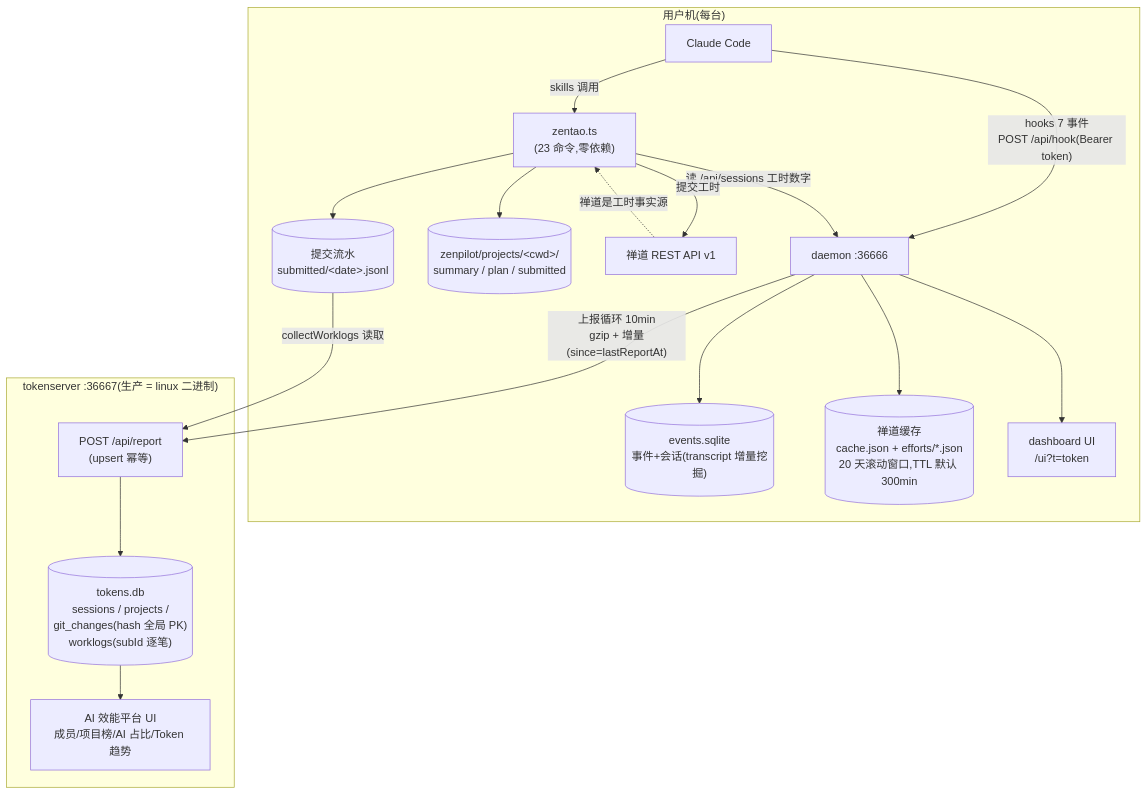
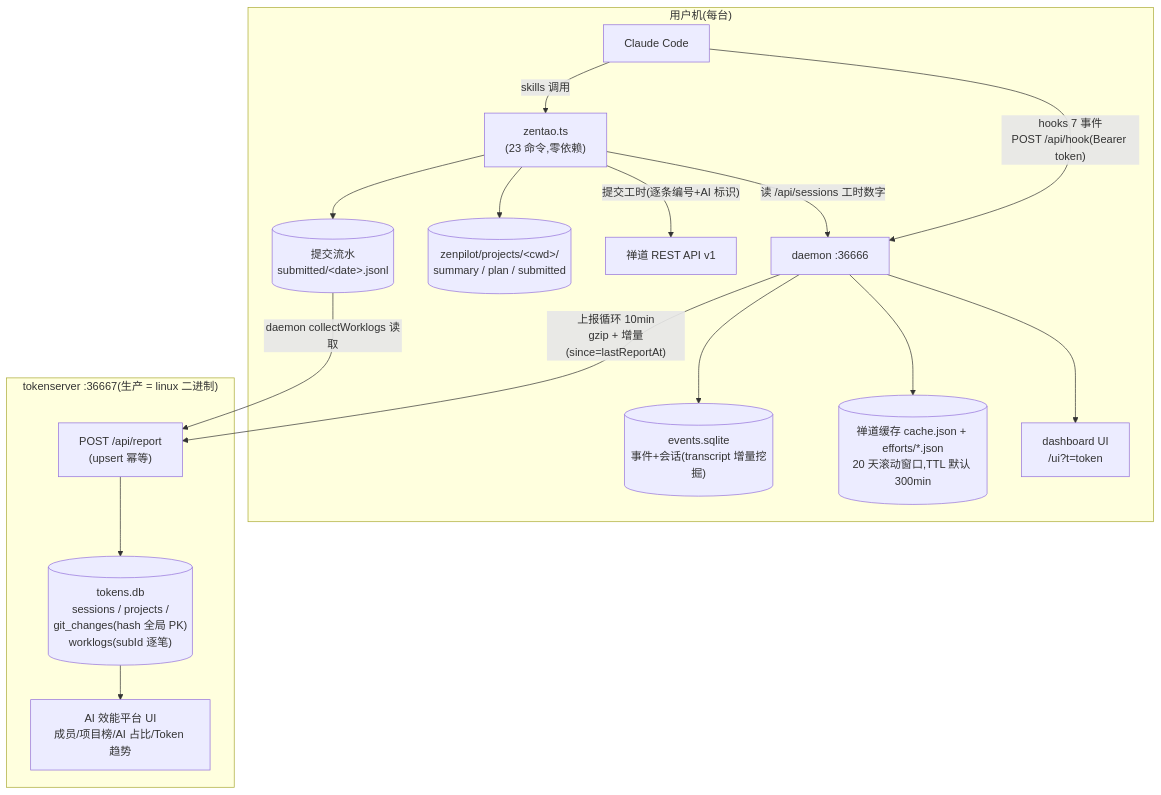
The first of 6 diagrams in docs/02-architecture.md (china-shine/shine-code-submit), drawn with Mermaid before and after one commit. The commit also changed other lines of this file and 1 other file, not shown here.

Commit message:
docs: 修 Mermaid 全景图前向引用(节点脱框)+ 精度补齐
- 02 全景图:跨子图边(D→TS/SJ→TS)移到 subgraph 声明之后——Mermaid 按
  首次出现定位节点,先引用会把 TS 画到 tokenserver 框外;删除语义混乱的
  装饰回边,改为图下原则注;节点全部在 subgraph 内先声明
- 05:5s tick 补双上限(文件≤100/会话≤50,对齐 MAX_FILES_PER_TICK)
- 程序化终检 11 块:无前向引用/无脱框/括号引号平衡全过

````diff
--- a/docs/02-architecture.md
+++ b/docs/02-architecture.md
@@ -5,22 +5,31 @@
 ```mermaid
 flowchart TB
-    subgraph 用户机["用户机(每台)"]
+    subgraph userMachine["用户机(每台)"]
         CC["Claude Code"]
-        CC -->|"hooks 7 事件<br/>POST /api/hook(Bearer token)"| D["daemon :36666"]
-        D --> DB[("events.sqlite<br/>事件+会话(transcript 增量挖掘)")]
-        D --> ZC[("禅道缓存<br/>cache.json + efforts/*.json<br/>20 天滚动窗口,TTL 默认 300min")]
-        D --> UI["dashboard UI<br/>/ui?t=token"]
-        CC -->|"skills 调用"| Z["zentao.ts<br/>(23 命令,零依赖)"]
+        D["daemon :36666"]
+        Z["zentao.ts<br/>(23 命令,零依赖)"]
+        DB[("events.sqlite<br/>事件+会话(transcript 增量挖掘)")]
+        ZC[("禅道缓存 cache.json + efforts/*.json<br/>20 天滚动窗口,TTL 默认 300min")]
+        UI["dashboard UI<br/>/ui?t=token"]
+        RD[("zenpilot/projects/&lt;cwd&gt;/<br/>summary / plan / submitted")]
+        ZT["禅道 REST API v1"]
+        SJ[("提交流水<br/>submitted/&lt;date&gt;.jsonl")]
+        CC -->|"hooks 7 事件<br/>POST /api/hook(Bearer token)"| D
+        CC -->|"skills 调用"| Z
+        D --> DB
+        D --> ZC
+        D --> UI
         Z -->|"读 /api/sessions 工时数字"| D
-        Z --> RD[("zenpilot/projects/&lt;cwd&gt;/<br/>summary / plan / submitted")]
-        Z -->|"提交工时"| ZT["禅道 REST API v1"]
-        Z --> SJ[("提交流水<br/>submitted/&lt;date&gt;.jsonl")]
+        Z --> RD
+        Z -->|"提交工时(逐条编号+AI 标识)"| ZT
+        Z --> SJ
+    end
+    subgraph tokenServer["tokenserver :36667(生产 = linux 二进制)"]
+        TS["POST /api/report<br/>(upsert 幂等)"]
+        TDB[("tokens.db<br/>sessions / projects /<br/>git_changes(hash 全局 PK)<br/>worklogs(subId 逐笔)")]
+        EFF["AI 效能平台 UI<br/>成员/项目榜/AI 占比/Token 趋势"]
+        TS --> TDB --> EFF
     end
     D -->|"上报循环 10min<br/>gzip + 增量(since=lastReportAt)"| TS
-    SJ -->|"collectWorklogs 读取"| TS
-    subgraph tokenserver["tokenserver :36667(生产 = linux 二进制)"]
-        TS["POST /api/report<br/>(upsert 幂等)"] --> TDB[("tokens.db<br/>sessions / projects /<br/>git_changes(hash 全局 PK)<br/>worklogs(subId 逐笔)")]
-        TDB --> EFF["AI 效能平台 UI<br/>成员/项目榜/AI 占比/Token 趋势"]
-    end
-    ZT -.->|"禅道是工时事实源"| Z
+    SJ -->|"daemon collectWorklogs 读取"| TS
 ```
````
